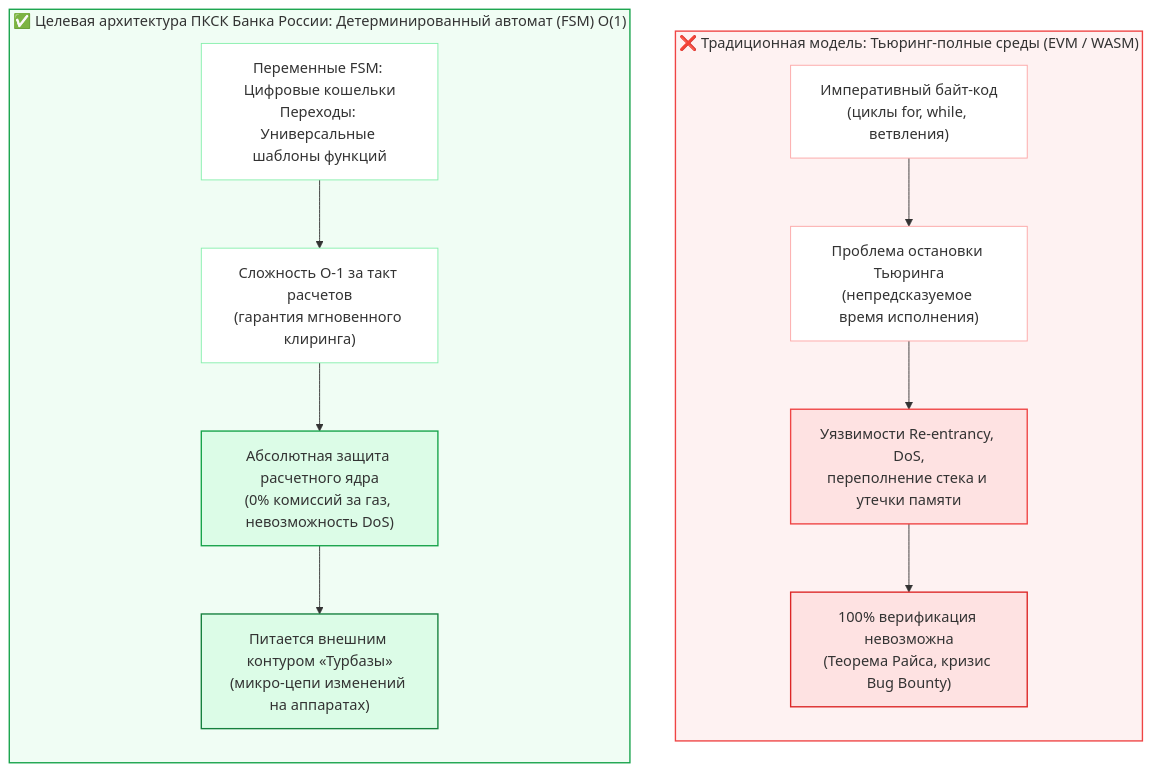
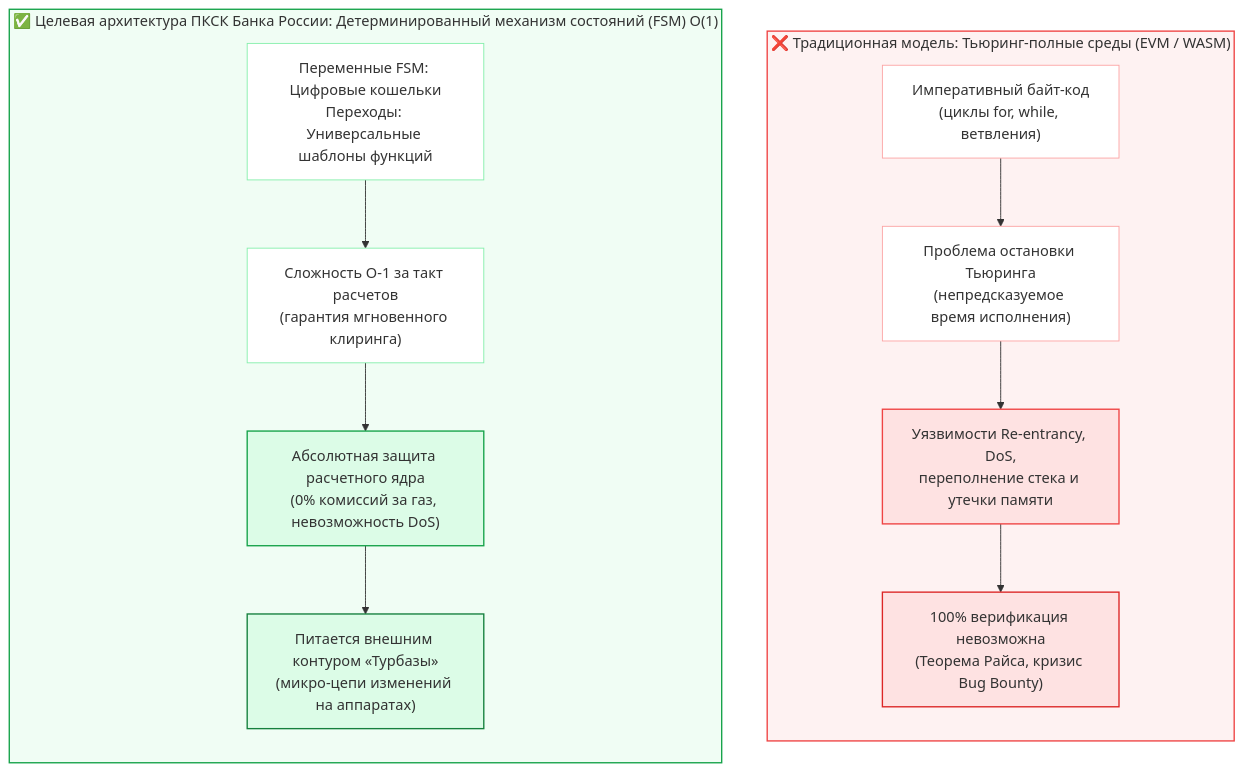
The first of 7 diagrams in shared_docs/whitepapers/06_cbr_smart_contracts_fsm_whitepaper.md (Data-Independence-Network/presentations), drawn with Mermaid before and after one commit. The commit also changed other lines of this file and 6 other files, not shown here.

Commit message:
refactor(presentation-03,wp-06): replace 'автомат' with 'механизм состояний' for semantic clarity

````diff
--- a/shared_docs/whitepapers/06_cbr_smart_contracts_fsm_whitepaper.md
+++ b/shared_docs/whitepapers/06_cbr_smart_contracts_fsm_whitepaper.md
@@ -113,31 +113,31 @@
 ```mermaid
 flowchart TD
     subgraph EVM ["❌ Традиционная модель: Тьюринг-полные среды (EVM / WASM)"]
         direction TB
         E1["Императивный байт-код<br/>(циклы for, while, ветвления)"]
         E2["Проблема остановки Тьюринга<br/>(непредсказуемое время исполнения)"]
         E3["Уязвимости Re-entrancy, DoS,<br/>переполнение стека и утечки памяти"]
         E4["100% верификация невозможна<br/>(Теорема Райса, кризис Bug Bounty)"]
         E1 --> E2 --> E3 --> E4
     end
 
-    subgraph FSM ["✅ Целевая архитектура ПКСК Банка России: Детерминированный автомат (FSM) O(1)"]
+    subgraph FSM ["✅ Целевая архитектура ПКСК Банка России: Детерминированный механизм состояний (FSM) O(1)"]
         direction TB
         F1["Переменные FSM: Цифровые кошельки<br/>Переходы: Универсальные шаблоны функций"]
         F2["Сложность O-1 за такт расчетов<br/>(гарантия мгновенного клиринга)"]
         F3["Абсолютная защита расчетного ядра<br/>(0% комиссий за газ, невозможность DoS)"]
         F4["Питается внешним контуром «Турбазы»<br/>(микро-цепи изменений на аппаратах)"]
         F1 --> F2 --> F3 --> F4
     end
 
     style EVM fill:#fef2f2,stroke:#ef4444,stroke-width:1.5px
     style FSM fill:#f0fdf4,stroke:#16a34a,stroke-width:1.5px
     style E1 fill:#ffffff,stroke:#fca5a5,stroke-width:1px
     style E2 fill:#ffffff,stroke:#fca5a5,stroke-width:1px
     style E3 fill:#fee2e2,stroke:#ef4444,stroke-width:1.5px
     style E4 fill:#fee2e2,stroke:#dc2626,stroke-width:1.5px
     style F1 fill:#ffffff,stroke:#86efac,stroke-width:1px
     style F2 fill:#ffffff,stroke:#86efac,stroke-width:1px
     style F3 fill:#dcfce7,stroke:#16a34a,stroke-width:1.5px
     style F4 fill:#dcfce7,stroke:#15803d,stroke-width:1.5px
 ```
````
